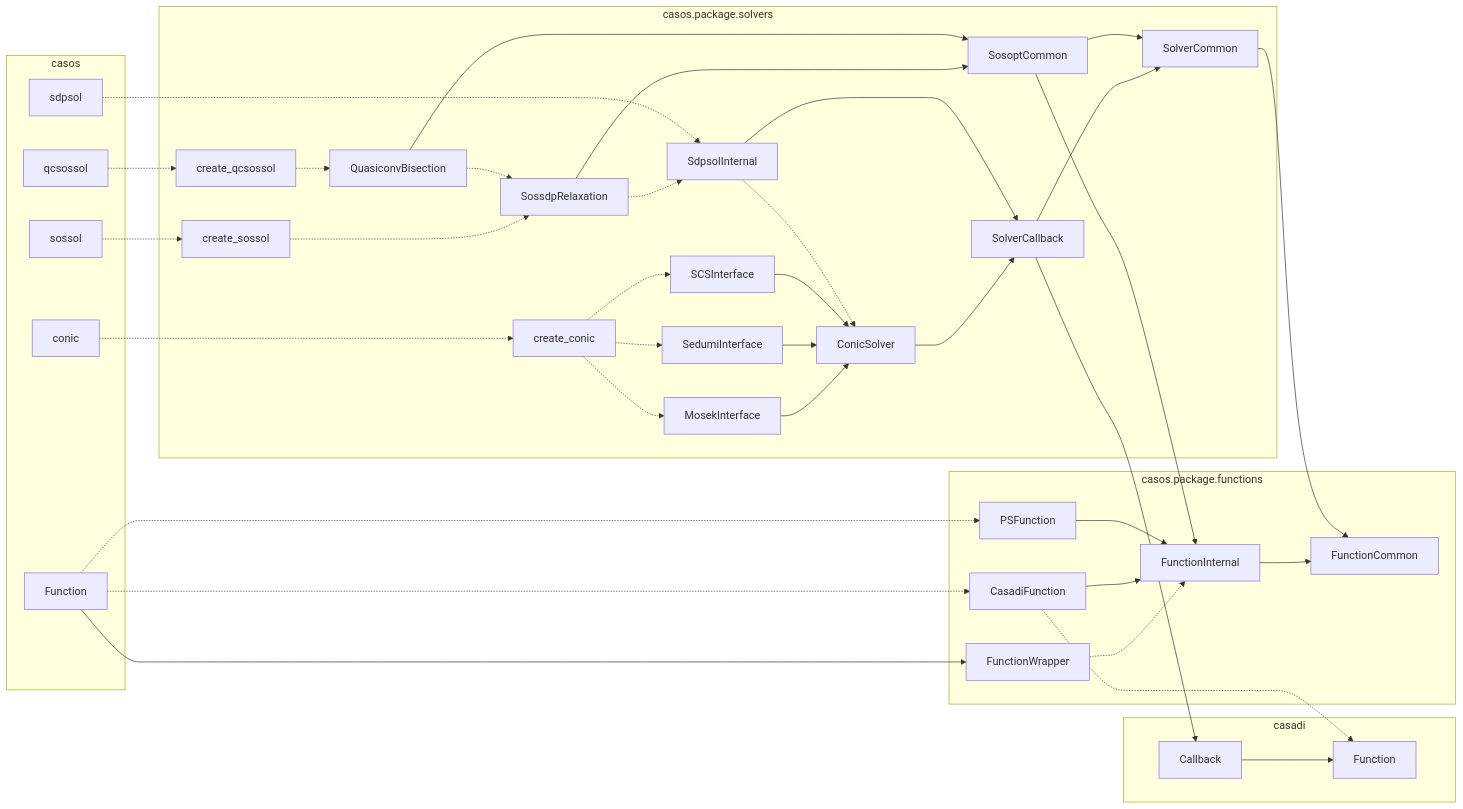
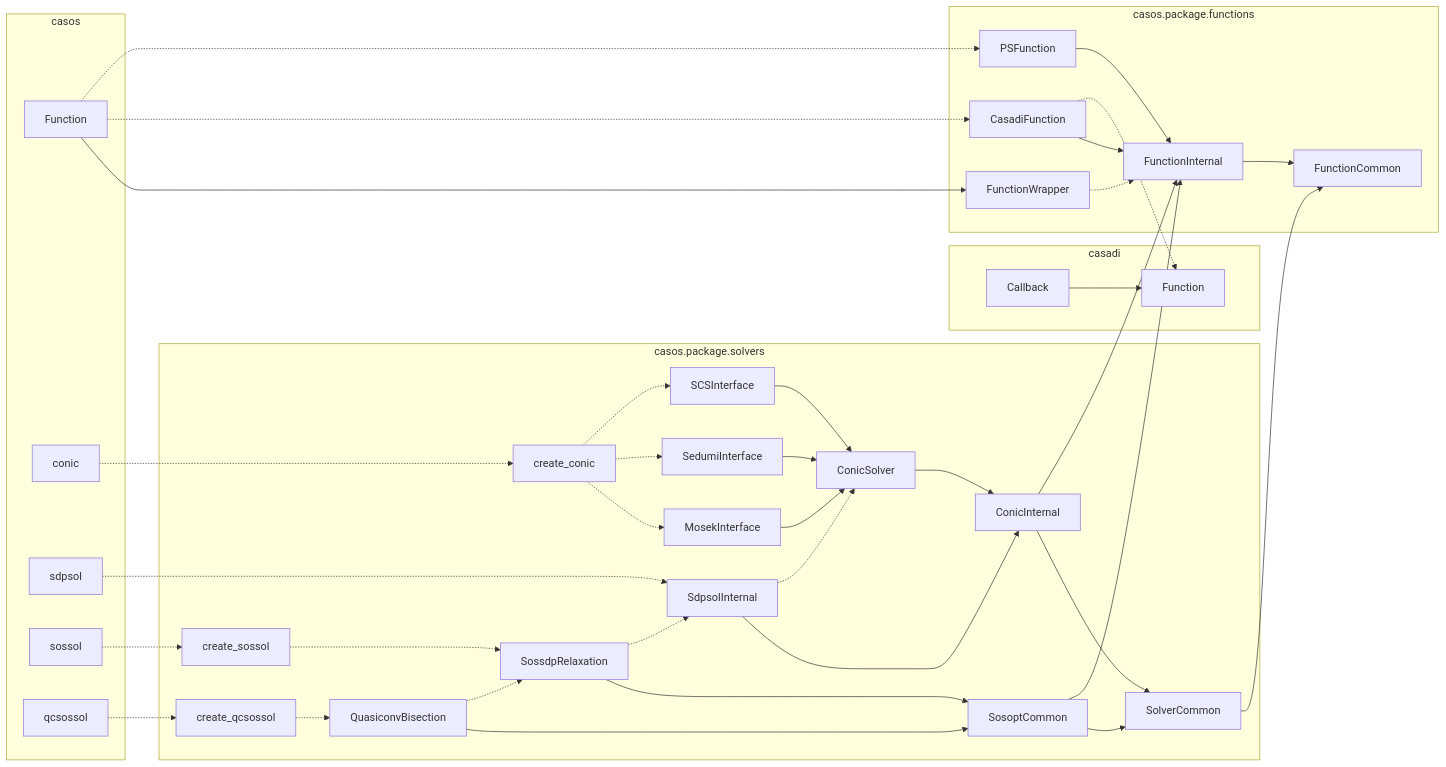
One commit to iFR-OFC/casos changed the second of 2 diagrams in +casos/+package/README.md. Above: the diagram before and after it, drawn with Mermaid.

Commit message:
Update package readme.

````diff
--- a/+casos/+package/README.md
+++ b/+casos/+package/README.md
@@ -41,49 +41,49 @@
 ```mermaid
 flowchart LR
   subgraph casadi
     casadi.Callback[Callback] --> casadi.Function[Function]
   end
   subgraph casos
     casos.Function[Function]
     casos.conic[conic]
     casos.sdpsol[sdpsol]
     casos.sossol[sossol]
     casos.qcsossol[qcsossol]
   end
   subgraph casos.package.functions
     FunctionInternal --> FunctionCommon
     FunctionWrapper -.-> FunctionInternal
     CasadiFunction --> FunctionInternal
     PSFunction --> FunctionInternal
   end
   subgraph casos.package.solvers
-    ConicSolver --> SolverCallback
-    SolverCallback --> SolverCommon
+    ConicSolver --> ConicInternal
+    ConicInternal --> SolverCommon
     MosekInterface --> ConicSolver
     SedumiInterface --> ConicSolver
     SCSInterface --> ConicSolver
-    SdpsolInternal --> SolverCallback
+    SdpsolInternal --> ConicInternal
     SdpsolInternal -.-> ConicSolver
     create_conic -.-> MosekInterface
     create_conic -.-> SedumiInterface
     create_conic -.-> SCSInterface
     SosoptCommon --> SolverCommon
     create_sossol -.-> SossdpRelaxation
     SossdpRelaxation --> SosoptCommon
     SossdpRelaxation -.-> SdpsolInternal
     create_qcsossol -.-> QuasiconvBisection
     QuasiconvBisection --> SosoptCommon
     QuasiconvBisection -.-> SossdpRelaxation
   end
   casos.Function --> FunctionWrapper
   casos.Function -.-> CasadiFunction
   casos.Function -.-> PSFunction
   CasadiFunction -.-> casadi.Function
-  SolverCallback --> casadi.Callback
+  ConicInternal --> FunctionInternal
   SolverCommon --> FunctionCommon
   SosoptCommon --> FunctionInternal
   casos.conic -.-> create_conic
   casos.sdpsol -.-> SdpsolInternal
   casos.sossol -.-> create_sossol
   casos.qcsossol -.-> create_qcsossol
 ```
````
